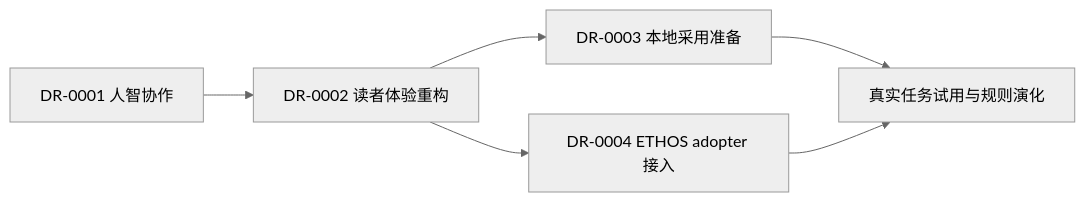
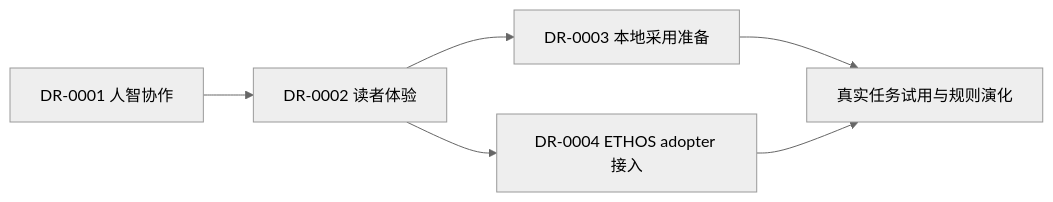
The diagram in docs/decisions/decision-dependency-map.md (HengYangDS/data-department-work-guidelines), drawn with Mermaid (neutral theme) before and after one commit. The commit also changed other lines of this file and 104 other files, not shown here.

````diff
--- a/docs/decisions/decision-dependency-map.md
+++ b/docs/decisions/decision-dependency-map.md
@@ -17,8 +17,8 @@
 ```mermaid
 flowchart LR
-    A["DR-0001 人智协作"] --> B["DR-0002 读者体验重构"]
+    A["DR-0001 人智协作"] --> B["DR-0002 读者体验"]
     B --> C["DR-0003 本地采用准备"]
     B --> D["DR-0004 ETHOS adopter 接入"]
     C --> E["真实任务试用与规则演化"]
     D --> E
 ```
````
